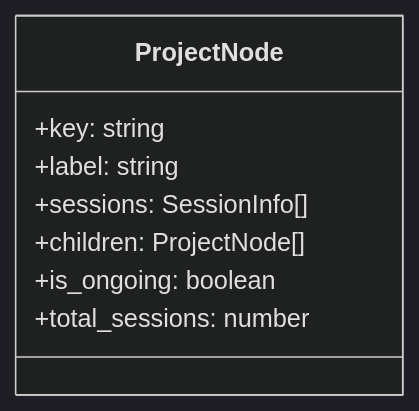
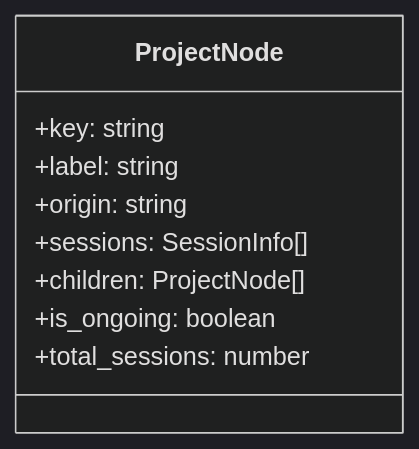
Before and after one commit to delexw/claude-code-trace: the second of 3 diagrams in specs/07-data-types.md, drawn with Mermaid (dark theme). The commit also changed other lines of this file and 4 other files, not shown here.

````diff
--- a/specs/07-data-types.md
+++ b/specs/07-data-types.md
@@ -224,11 +224,12 @@
 ```mermaid
 classDiagram
     class ProjectNode {
         +key: string
         +label: string
+        +origin: string
         +sessions: SessionInfo[]
         +children: ProjectNode[]
         +is_ongoing: boolean
         +total_sessions: number
     }
 ```
````
